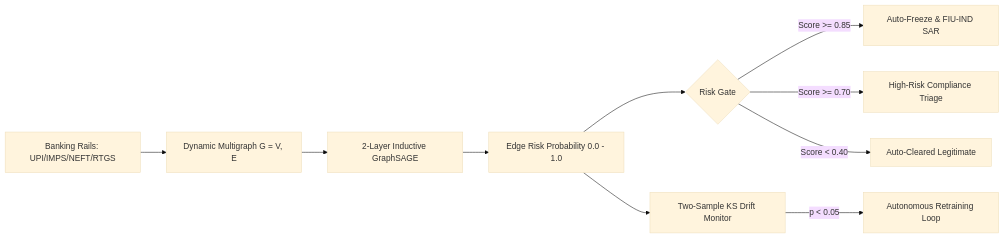
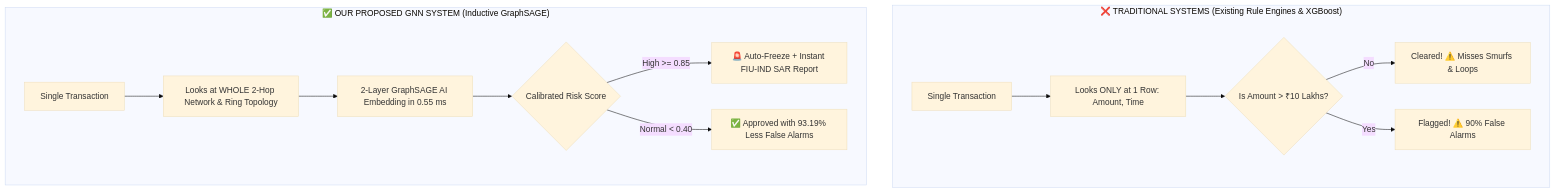
The first of 2 diagrams in PROJECT_WORKFLOW_AND_FIGURES.md (abbhasaignn-del/gnn-aml-transaction-monitoring), drawn with Mermaid (base theme) before and after one commit. The commit also changed other lines of this file and 1 other file, not shown here.

Commit message:
docs: simplify diagrams with 1-minute intuitive explanations, visual ASCII maps, and easy presentation flows

````diff
--- a/PROJECT_WORKFLOW_AND_FIGURES.md
+++ b/PROJECT_WORKFLOW_AND_FIGURES.md
@@ -36,12 +52,17 @@
 ```mermaid
-flowchart LR
-    A[Banking Rails: UPI/IMPS/NEFT/RTGS] --> B[Dynamic Multigraph G = V, E]
-    B --> C[2-Layer Inductive GraphSAGE]
-    C --> D[Edge Risk Probability 0.0 - 1.0]
-    D --> E{Risk Gate}
-    E -->|Score >= 0.85| F[Auto-Freeze & FIU-IND SAR]
-    E -->|Score >= 0.70| G[High-Risk Compliance Triage]
-    E -->|Score < 0.40| H[Auto-Cleared Legitimate]
-    D --> I[Two-Sample KS Drift Monitor]
-    I -->|p < 0.05| J[Autonomous Retraining Loop]
+flowchart TD
+    subgraph Old["❌ TRADITIONAL SYSTEMS (Existing Rule Engines & XGBoost)"]
+        O1[Single Transaction] --> O2[Looks ONLY at 1 Row: Amount, Time]
+        O2 --> O3{"Is Amount > ₹10 Lakhs?"}
+        O3 -->|No| O4[Cleared! ⚠️ Misses Smurfs & Loops]
+        O3 -->|Yes| O5[Flagged! ⚠️ 90% False Alarms]
+    end
+
+    subgraph New["✅ OUR PROPOSED GNN SYSTEM (Inductive GraphSAGE)"]
+        N1[Single Transaction] --> N2[Looks at WHOLE 2-Hop Network & Ring Topology]
+        N2 --> N3[2-Layer GraphSAGE AI Embedding in 0.55 ms]
+        N3 --> N4{"Calibrated Risk Score"}
+        N4 -->|High >= 0.85| N5[🚨 Auto-Freeze + Instant FIU-IND SAR Report]
+        N4 -->|Normal < 0.40| N6[✅ Approved with 93.19% Less False Alarms]
+    end
 ```
````
